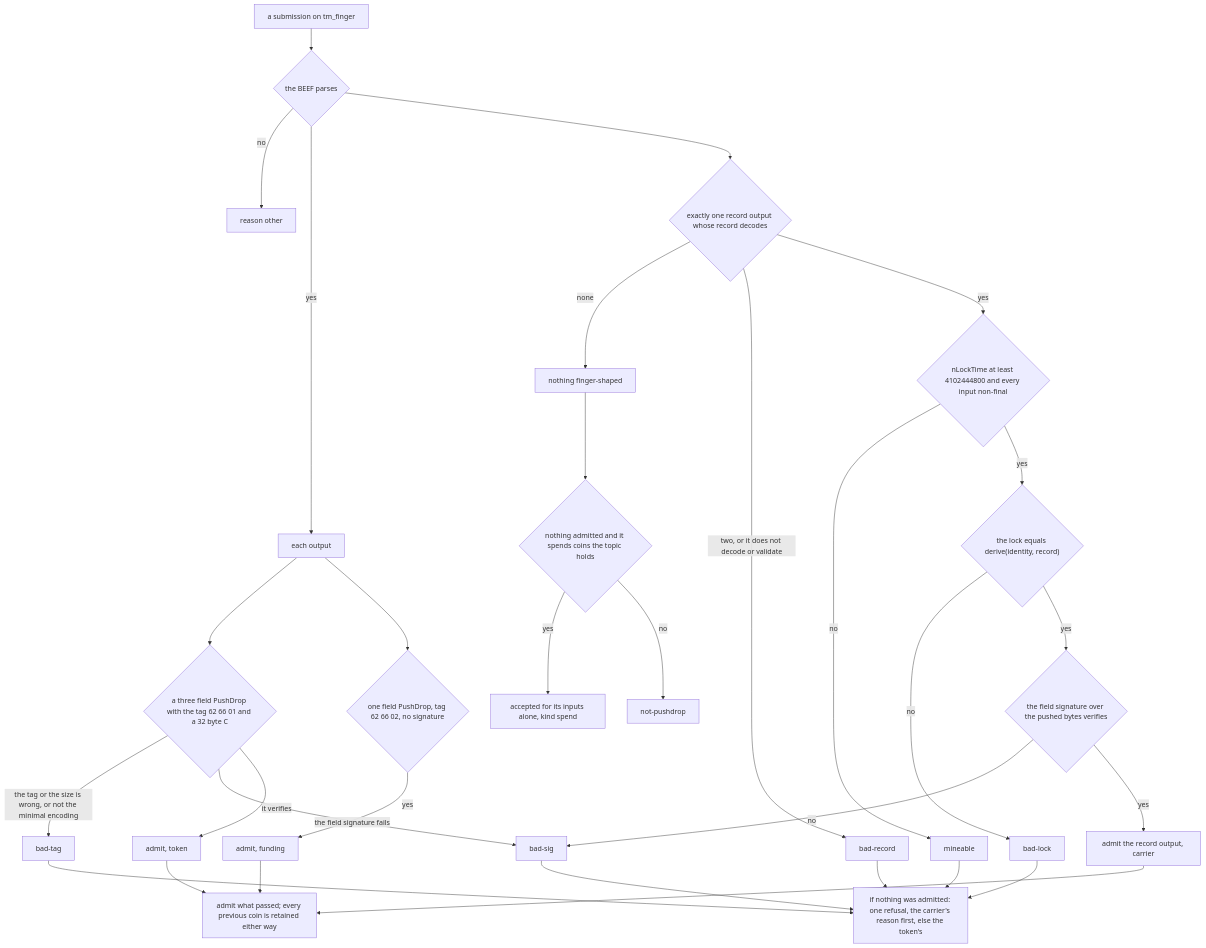
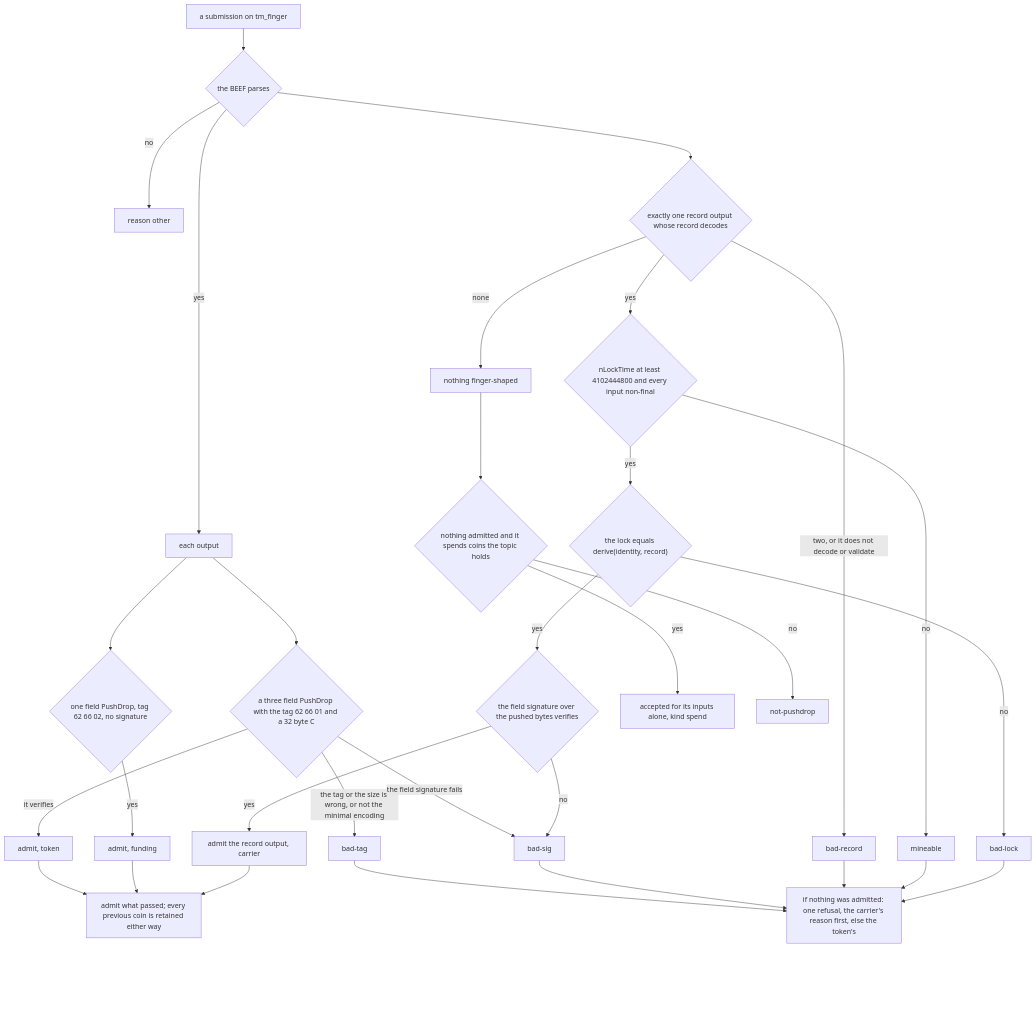
One commit to lightwebinc/bfinger changed diagram 14 of 19 in docs/flows.md. Above: the diagram before and after it, drawn with Mermaid. The commit also changed other lines of this file and 9 other files, not shown here.

First line of the commit message:
[Fix] diagrams: a spacer where the viewer's controls land

````diff
--- a/docs/flows.md
+++ b/docs/flows.md
@@ -428,33 +473,38 @@
 ```mermaid
 flowchart TD
   IN["a submission on tm_finger"] --> PARSE{"the BEEF parses"}
   PARSE -->|"no"| OTH["reason other"]
   PARSE -->|"yes"| SCAN["each output"]
   SCAN --> TQ{"a three field PushDrop with the tag 62 66 01 and a 32 byte C"}
   TQ -->|"the tag or the size is wrong, or not the minimal encoding"| BT["bad-tag"]
   TQ -->|"the field signature fails"| BS["bad-sig"]
   TQ -->|"it verifies"| AT["admit, token"]
   SCAN --> FQ{"one field PushDrop, tag 62 66 02, no signature"}
   FQ -->|"yes"| AF["admit, funding"]
   PARSE --> CQ{"exactly one record output whose record decodes"}
   CQ -->|"none"| NF["nothing finger-shaped"]
   CQ -->|"two, or it does not decode or validate"| BR["bad-record"]
   CQ -->|"yes"| C2{"nLockTime at least 4102444800 and every input non-final"}
   C2 -->|"no"| MN["mineable"]
   C2 -->|"yes"| C3{"the lock equals derive(identity, record)"}
   C3 -->|"no"| BL["bad-lock"]
   C3 -->|"yes"| C4{"the field signature over the pushed bytes verifies"}
   C4 -->|"no"| BS
   C4 -->|"yes"| AC["admit the record output, carrier"]
   AT --> KEEP["admit what passed; every previous coin is retained either way"]
   AF --> KEEP
   AC --> KEEP
   NF --> SP{"nothing admitted and it spends coins the topic holds"}
   SP -->|"yes"| SPD["accepted for its inputs alone, kind spend"]
   SP -->|"no"| NP["not-pushdrop"]
   BT --> ONE["if nothing was admitted: one refusal, the carrier's reason first, else the token's"]
   BS --> ONE
   BR --> ONE
   MN --> ONE
   BL --> ONE
+  %% The last node is an invisible spacer in the rightmost rank: the rendered
+  %% viewer places its zoom and pan controls over the bottom-right corner.
+  KEEP ~~~ pad
+  pad["&nbsp;&nbsp;&nbsp;&nbsp;&nbsp;&nbsp;&nbsp;&nbsp;&nbsp;&nbsp;&nbsp;&nbsp;&nbsp;&nbsp;&nbsp;&nbsp;&nbsp;&nbsp;&nbsp;&nbsp;&nbsp;&nbsp;&nbsp;&nbsp;&nbsp;&nbsp;&nbsp;&nbsp;&nbsp;&nbsp;&nbsp;&nbsp;&nbsp;&nbsp;&nbsp;&nbsp;&nbsp;&nbsp;&nbsp;&nbsp;&nbsp;&nbsp;&nbsp;&nbsp;&nbsp;&nbsp;&nbsp;&nbsp;<br/>&nbsp;<br/>&nbsp;<br/>&nbsp;"]:::pad
+  classDef pad fill:none,stroke:none,color:transparent
 ```
````
